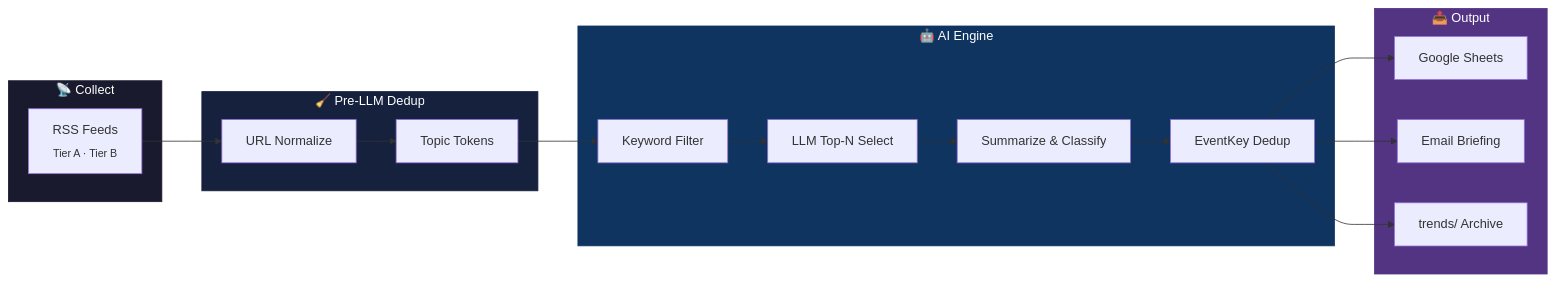
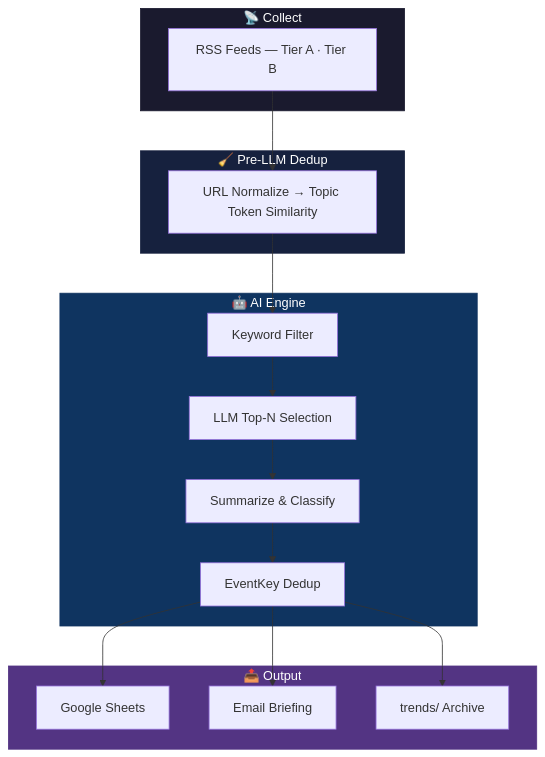
One commit to kipeum86/auto-newsbriefing changed the diagram in README.md. Above: the diagram before and after it, drawn with Mermaid. The commit also changed 1 other file, not shown here.

Commit message:
docs: switch Mermaid diagrams to vertical layout for readability

````diff
--- a/README.md
+++ b/README.md
@@ -18,35 +18,32 @@
 ```mermaid
-graph LR
+graph TD
     subgraph Collect["📡 Collect"]
-        A["RSS Feeds<br/><sub>Tier A · Tier B</sub>"]
+        A["RSS Feeds — Tier A · Tier B"]
     end
 
     subgraph Dedup1["🧹 Pre-LLM Dedup"]
-        B["URL Normalize"]
-        C["Topic Tokens"]
-        B --> C
+        B["URL Normalize → Topic Token Similarity"]
     end
 
     subgraph AI["🤖 AI Engine"]
         D["Keyword Filter"]
-        E["LLM Top-N Select"]
+        E["LLM Top-N Selection"]
         F["Summarize & Classify"]
         G["EventKey Dedup"]
         D --> E --> F --> G
     end
 
     subgraph Output["📤 Output"]
         H["Google Sheets"]
         I["Email Briefing"]
         J["trends/ Archive"]
     end
 
-    A --> B
-    C --> D
+    A --> B --> D
     G --> H & I & J
 
     style Collect fill:#1a1a2e,stroke:#1a1a2e,color:#fff
     style Dedup1 fill:#16213e,stroke:#16213e,color:#fff
     style AI fill:#0f3460,stroke:#0f3460,color:#fff
     style Output fill:#533483,stroke:#533483,color:#fff
 ```
````
